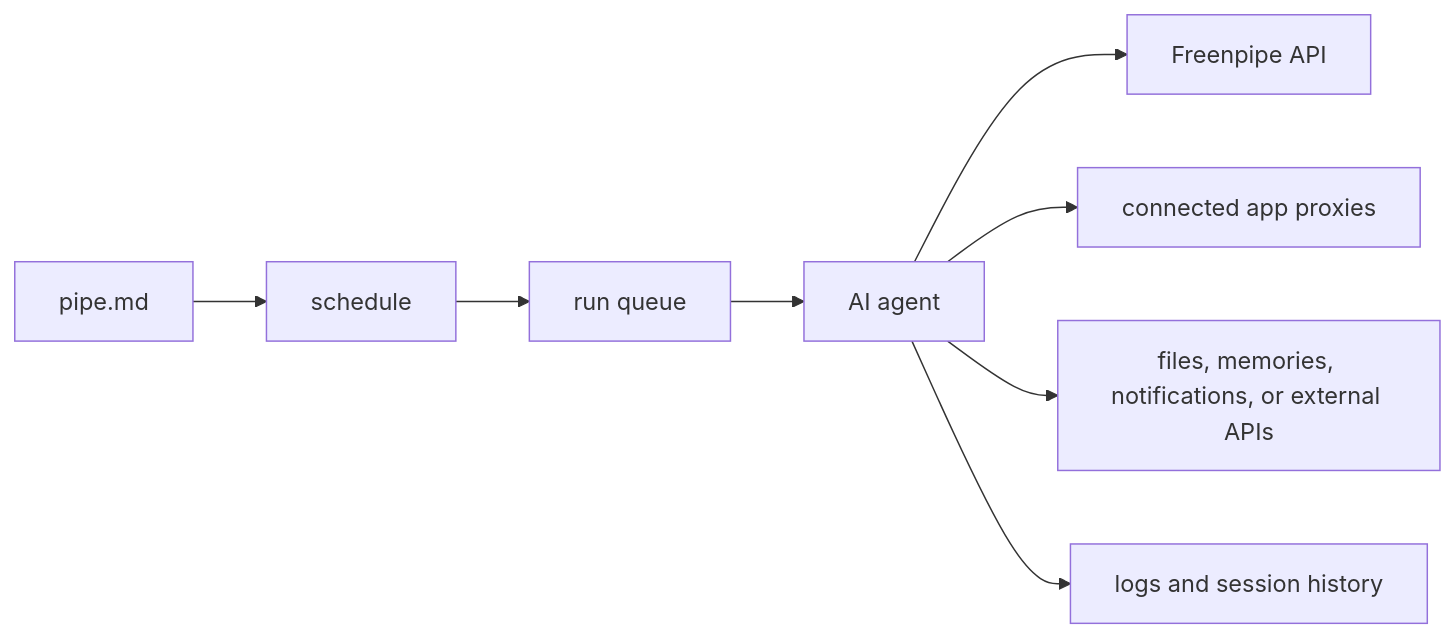
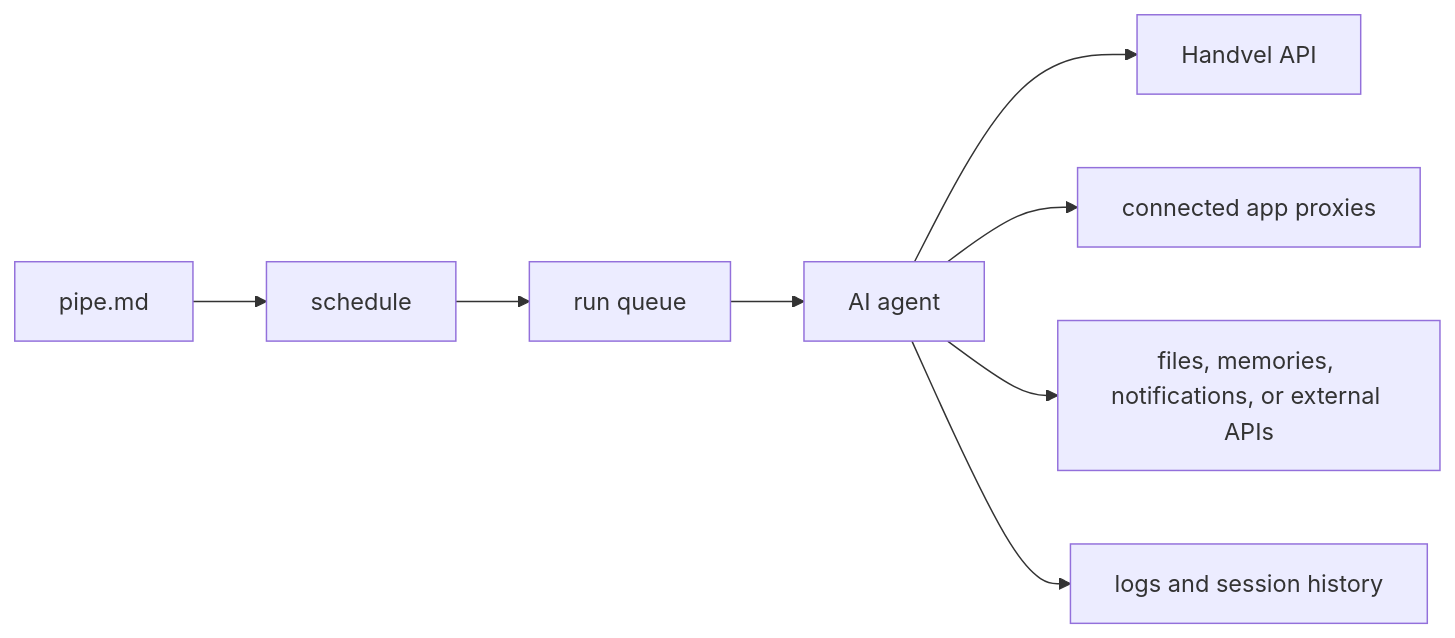
The diagram in docs/mintlify/docs-mintlify-mig-tmp/pipes.mdx (normiecore/Freenpipe), drawn with Mermaid before and after one commit. The commit also changed other lines of this file and 540 other files, not shown here.

First line of the commit message:
Rename the product from Freenpipe to Handvel (decision 9)

````diff
--- a/docs/mintlify/docs-mintlify-mig-tmp/pipes.mdx
+++ b/docs/mintlify/docs-mintlify-mig-tmp/pipes.mdx
@@ -132,10 +132,10 @@
 ```mermaid
 flowchart LR
   A["pipe.md"] --> B["schedule"]
   B --> C["run queue"]
   C --> D["AI agent"]
-  D --> E["Freenpipe API"]
+  D --> E["Handvel API"]
   D --> F["connected app proxies"]
   D --> G["files, memories, notifications, or external APIs"]
   D --> H["logs and session history"]
 ```
````
